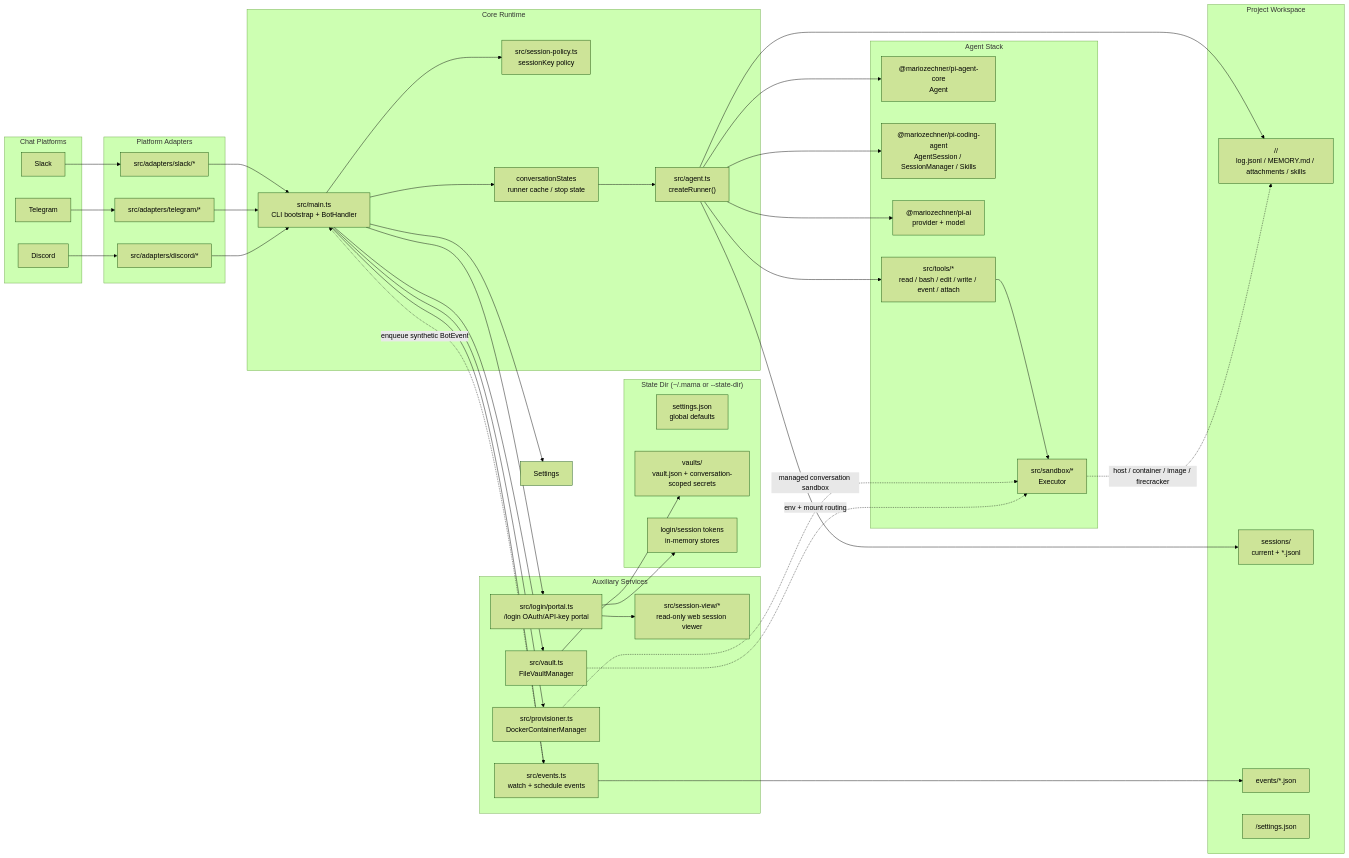
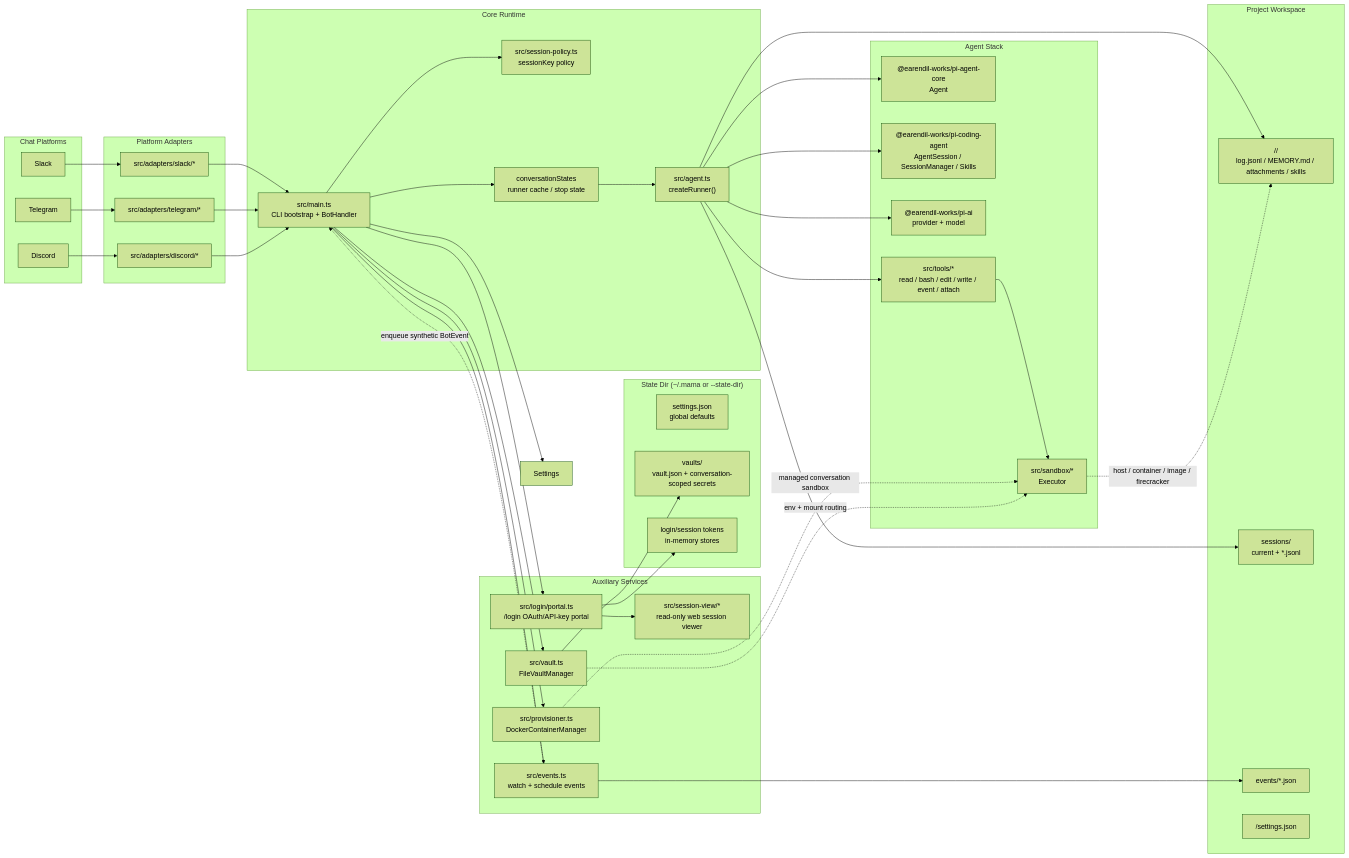
One commit to geminixiang/mama changed the first of 3 diagrams in docs/architecture.md. Above: the diagram before and after it, drawn with Mermaid (forest theme). The commit also changed 18 other files, not shown here.

```diff
--- a/docs/architecture.md
+++ b/docs/architecture.md
@@ -33,9 +33,9 @@
   end
 
   subgraph AgentStack["Agent Stack"]
-    PiAgent["@mariozechner/pi-agent-core\nAgent"]
-    PiCoding["@mariozechner/pi-coding-agent\nAgentSession / SessionManager / Skills"]
-    PiAI["@mariozechner/pi-ai\nprovider + model"]
+    PiAgent["@earendil-works/pi-agent-core\nAgent"]
+    PiCoding["@earendil-works/pi-coding-agent\nAgentSession / SessionManager / Skills"]
+    PiAI["@earendil-works/pi-ai\nprovider + model"]
     MamaTools["src/tools/*\nread / bash / edit / write / event / attach"]
     Executor["src/sandbox/*\nExecutor"]
   end
```
